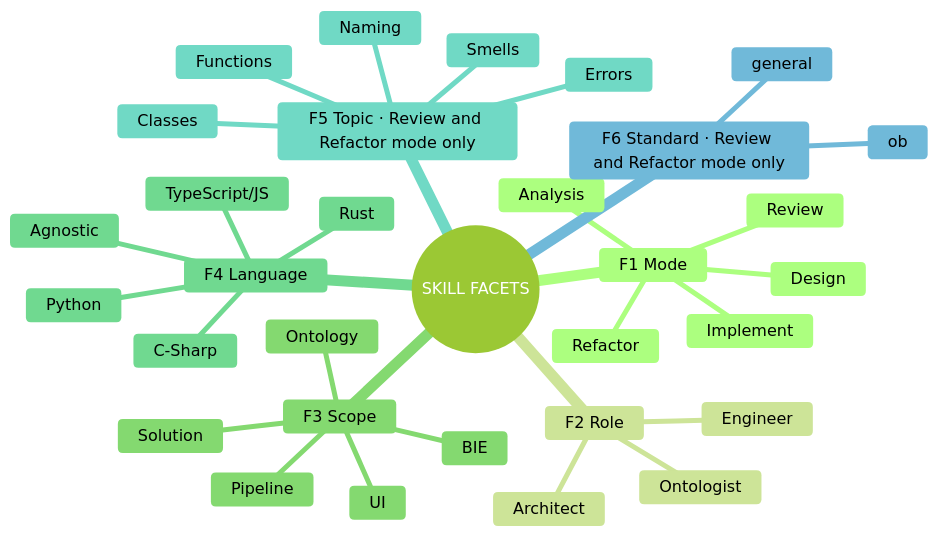
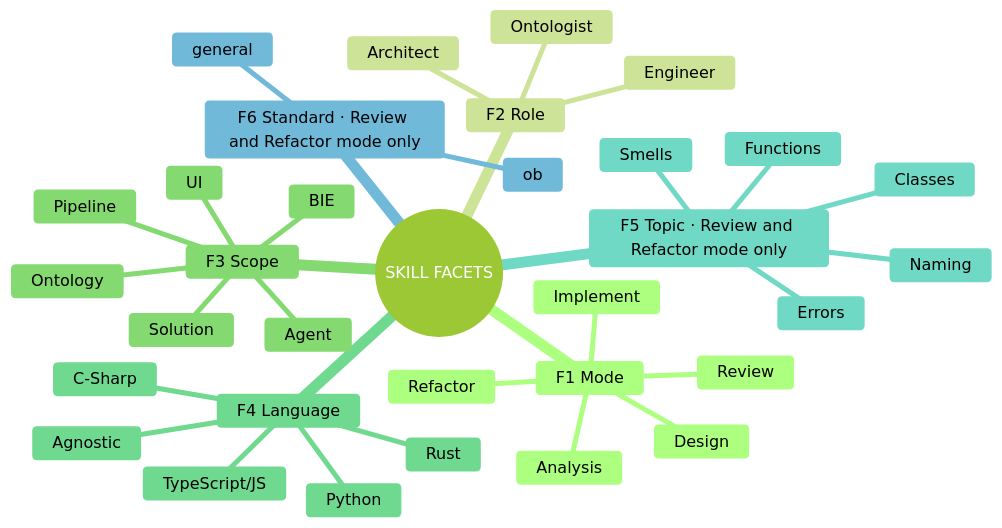
The first of 3 diagrams in skills/SKILL-ARCHITECTURE.md (OntoLedgy/ol_ai_context_library), drawn with Mermaid (forest theme) before and after one commit. The commit also changed other lines of this file and 11 other files, not shown here.

First line of the commit message:
feat(skills): add agent-architect and agent-engineer skills for AI agent building

````diff
--- a/skills/SKILL-ARCHITECTURE.md
+++ b/skills/SKILL-ARCHITECTURE.md
@@ -9,35 +9,36 @@
 ```mermaid
 mindmap
   root((SKILL FACETS))
     F1 Mode
       Design
       Implement
       Analysis
       Review
       Refactor
     F2 Role
       Architect
       Engineer
       Ontologist
     F3 Scope
       Solution
       Ontology
       Pipeline
+      Agent
       UI
       BIE
     F4 Language
       Agnostic
       Python
       TypeScript/JS
       C-Sharp
       Rust
     F5 Topic · Review and Refactor mode only
       Functions
       Classes
       Naming
       Errors
       Smells
     F6 Standard · Review and Refactor mode only
       general
       ob
 ```
````
